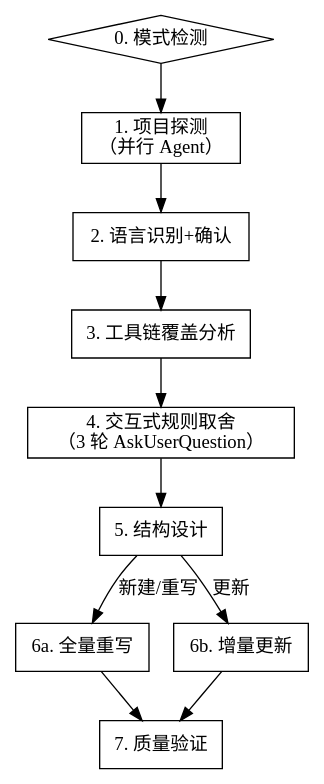
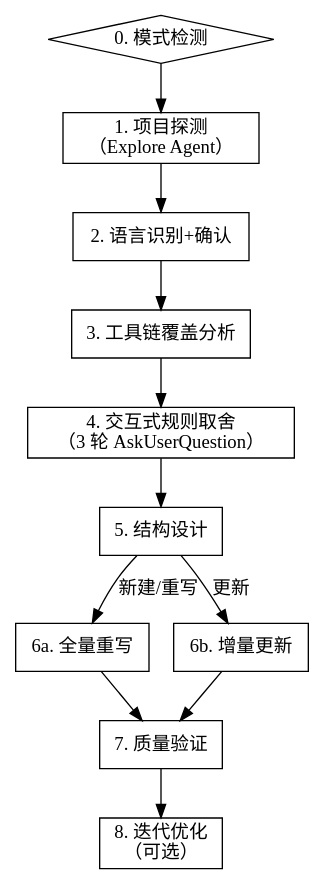
Before and after one commit to eefnrowe/crafts-hub: the diagram in skills/writing-claude-md/SKILL.md, drawn with Graphviz. The commit also changed other lines of this file and 12 other files, not shown here.

````diff
--- a/skills/writing-claude-md/SKILL.md
+++ b/skills/writing-claude-md/SKILL.md
@@ -16,23 +21,25 @@
 ```dot
 digraph writing_claude_md {
     "0. 模式检测" [shape=diamond];
-    "1. 项目探测\n（并行 Agent）" [shape=box];
+    "1. 项目探测\n（Explore Agent）" [shape=box];
     "2. 语言识别+确认" [shape=box];
     "3. 工具链覆盖分析" [shape=box];
     "4. 交互式规则取舍\n（3 轮 AskUserQuestion）" [shape=box];
     "5. 结构设计" [shape=box];
     "6a. 全量重写" [shape=box];
     "6b. 增量更新" [shape=box];
     "7. 质量验证" [shape=box];
+    "8. 迭代优化\n（可选）" [shape=box];
 
-    "0. 模式检测" -> "1. 项目探测\n（并行 Agent）";
-    "1. 项目探测\n（并行 Agent）" -> "2. 语言识别+确认";
+    "0. 模式检测" -> "1. 项目探测\n（Explore Agent）";
+    "1. 项目探测\n（Explore Agent）" -> "2. 语言识别+确认";
     "2. 语言识别+确认" -> "3. 工具链覆盖分析";
     "3. 工具链覆盖分析" -> "4. 交互式规则取舍\n（3 轮 AskUserQuestion）";
     "4. 交互式规则取舍\n（3 轮 AskUserQuestion）" -> "5. 结构设计";
     "5. 结构设计" -> "6a. 全量重写" [label="新建/重写"];
     "5. 结构设计" -> "6b. 增量更新" [label="更新"];
     "6a. 全量重写" -> "7. 质量验证";
     "6b. 增量更新" -> "7. 质量验证";
+    "7. 质量验证" -> "8. 迭代优化\n（可选）";
 }
 ```
````
